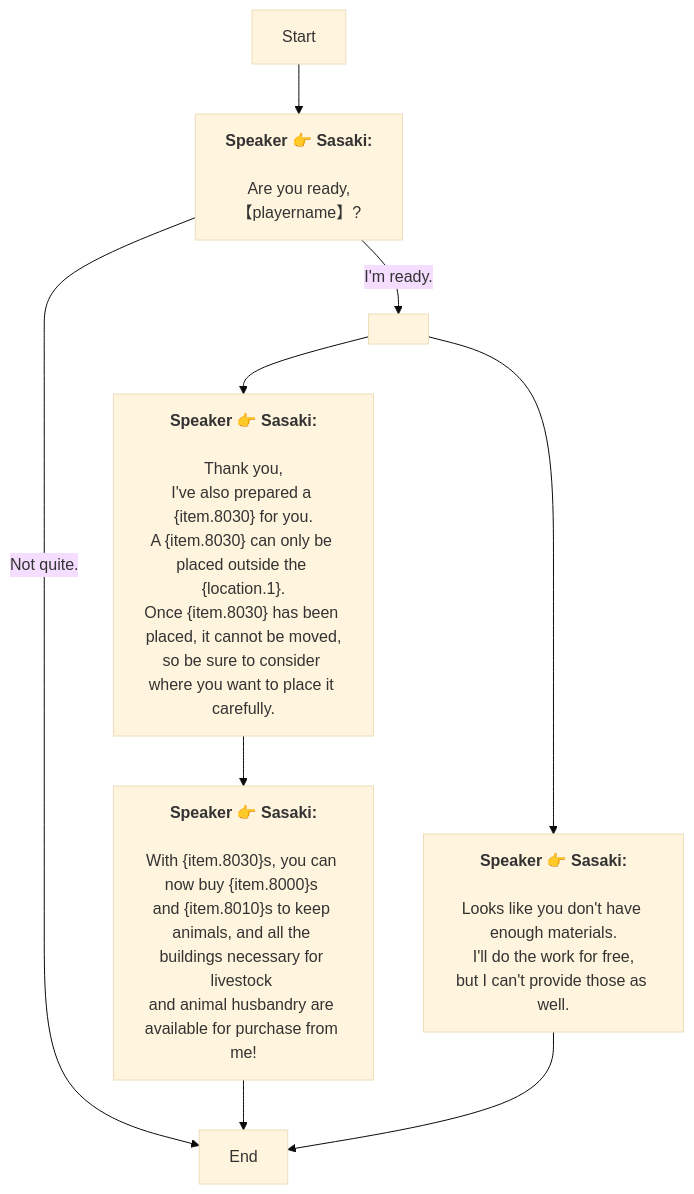
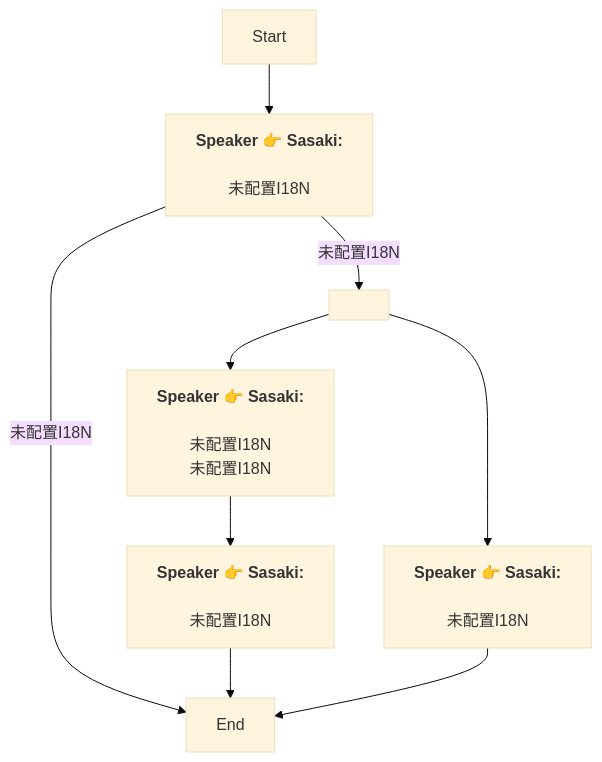
One commit to SoftHu/tos_avg changed the diagram in En/QuestTalkObjectiveNode_1741370761464091.md. Above: the diagram before and after it, drawn with Mermaid (base theme). The commit also changed 730 other files, not shown here.

````diff
--- a/En/QuestTalkObjectiveNode_1741370761464091.md
+++ b/En/QuestTalkObjectiveNode_1741370761464091.md
@@ -1,24 +1,16 @@
 ```mermaid
 graph
 Start -->1741371176241438[<b>Speaker 👉 Sasaki:</b>
-\nAre you ready,
-【playername】?]
-1741371176241438 -->|Not quite.|1756425180201483[End]
-1741371176241438 -->|I'm ready.|1756425024283146[ ]
+\n未配置I18N]
+1741371176241438 -->|未配置I18N|1756425180201483[End]
+1741371176241438 -->|未配置I18N|1756425024283146[ ]
 1756425024283146 -->1741371496490279[<b>Speaker 👉 Sasaki:</b>
-\nLooks like you don't have enough materials.
-I'll do the work for free,
-but I can't provide those as well.]
+\n未配置I18N]
 1756425024283146 -->1741371646951720[<b>Speaker 👉 Sasaki:</b>
-\nThank you,
-I've also prepared a &lbrace;item.8030&rbrace; for you.
-A &lbrace;item.8030&rbrace; can only be placed outside the &lbrace;location.1&rbrace;.\nOnce &lbrace;item.8030&rbrace; has been placed, it cannot be moved,
-so be sure to consider where you want to place it carefully.]
+\n未配置I18N\n未配置I18N]
 1741371646951720 -->1741372937941290[<b>Speaker 👉 Sasaki:</b>
-\nWith &lbrace;item.8030&rbrace;s, you can now buy &lbrace;item.8000&rbrace;s 
-and &lbrace;item.8010&rbrace;s to keep animals, and all the buildings necessary for livestock 
-and animal husbandry are available for purchase from me!]
+\n未配置I18N]
 1741372937941290 -->1756425180201483[End]
 1741371496490279 -->1756425180201483[End]
 
 ```
````
